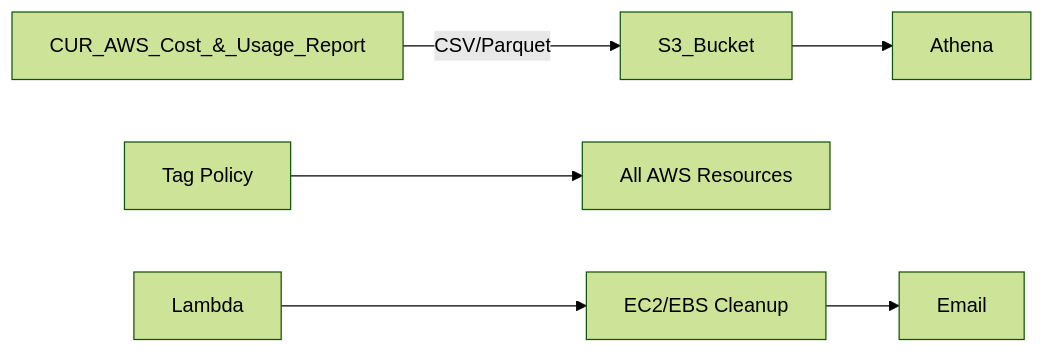
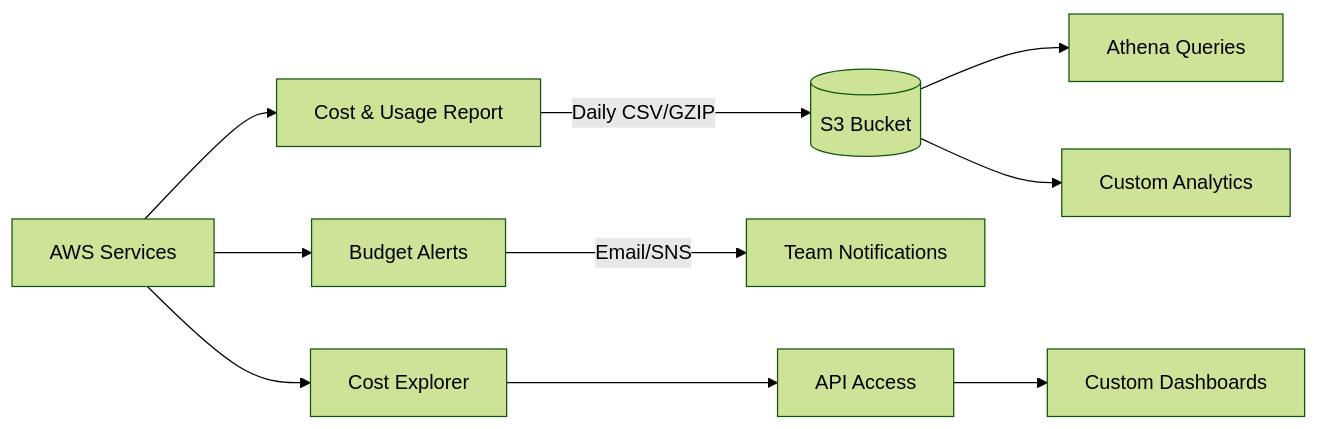
The diagram in README.md (Ajeya10/submission-1234), drawn with Mermaid (forest theme) before and after one commit.

````diff
--- a/README.md
+++ b/README.md
@@ -50,8 +50,12 @@
 ```mermaid
 graph LR
-    A[CUR_AWS_Cost_&_Usage_Report] -->|CSV/Parquet| B[S3_Bucket]
-    B --> C[Athena]
-    D[Tag Policy] --> E[All AWS Resources]
-    F[Lambda] --> G[EC2/EBS Cleanup]
-    G --> H[Email]
+     A[AWS Services] --> B[Cost & Usage Report]
+    B -->|Daily CSV/GZIP| C[(S3 Bucket)]
+    C --> D[Athena Queries]
+    C --> E[Custom Analytics]
+    A --> F[Budget Alerts]
+    F -->|Email/SNS| G[Team Notifications]
+    A --> H[Cost Explorer]
+    H --> I[API Access]
+    I --> J[Custom Dashboards]
 ```
````
